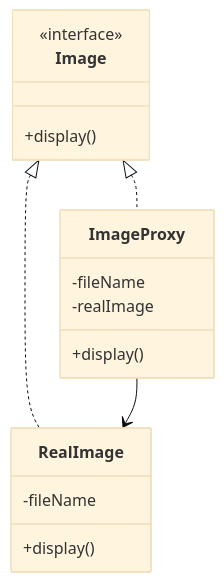
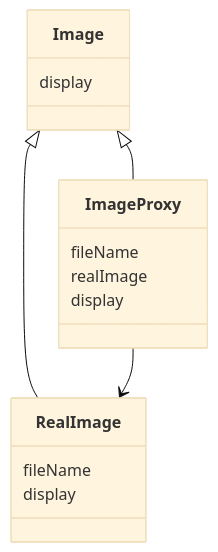
The fifth of 10 diagrams in src/content/lld-proxy-design-pattern.md (gojosatoru123-ux/CacheU), drawn with Mermaid (base theme) before and after one commit. The commit also changed other lines of this file and 21 other files, not shown here.

````diff
--- a/src/content/lld-proxy-design-pattern.md
+++ b/src/content/lld-proxy-design-pattern.md
@@ -260,22 +261,22 @@
 ```mermaid
 classDiagram
-    class Image {
-        <<interface>>
-        +display()
-    }
 
-    class RealImage {
-        -fileName
-        +display()
-    }
+class Image {
+    display
+}
 
-    class ImageProxy {
-        -fileName
-        -realImage
-        +display()
-    }
+class RealImage {
+    fileName
+    display
+}
 
-    Image <|.. RealImage
-    Image <|.. ImageProxy
-    ImageProxy --> RealImage
+class ImageProxy {
+    fileName
+    realImage
+    display
+}
+
+Image <|-- RealImage
+Image <|-- ImageProxy
+ImageProxy --> RealImage
 ```
````
